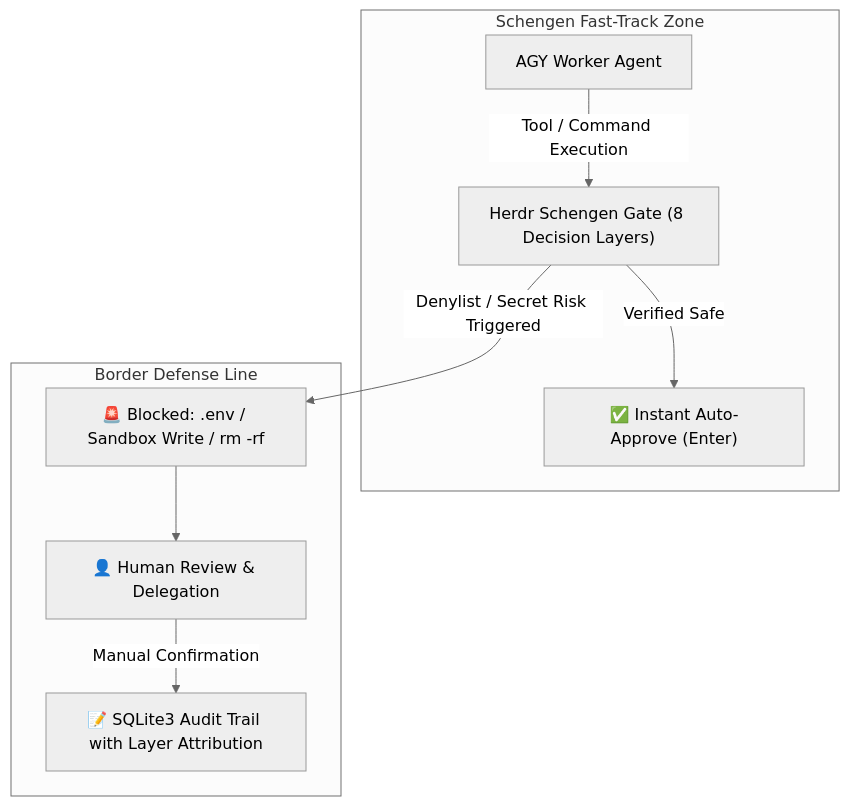
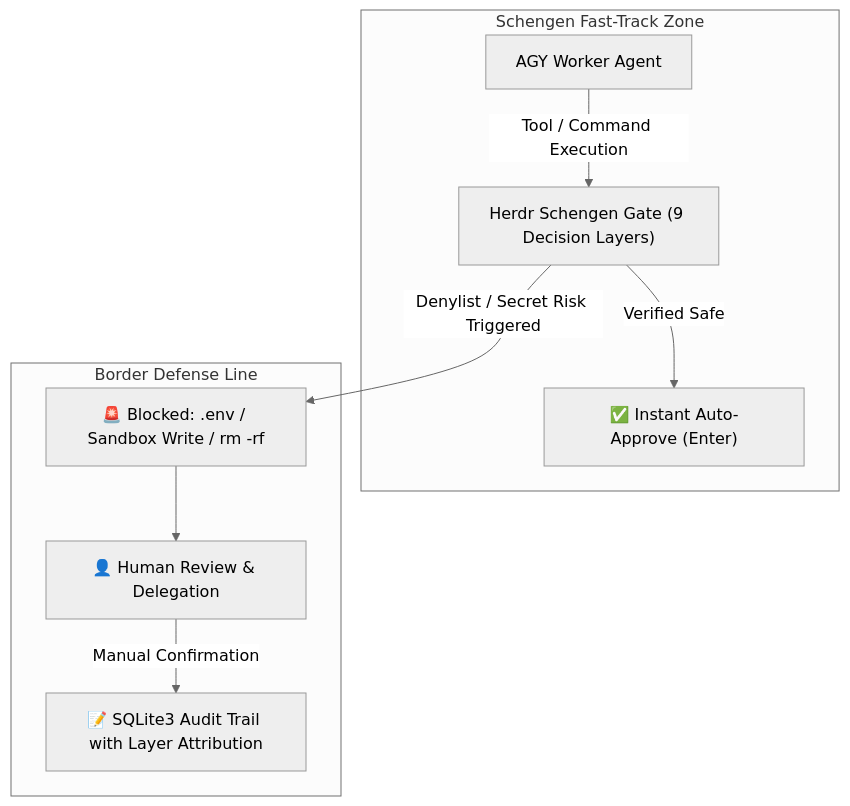
The diagram in SKILL.md (Salada/herdr-schengen), drawn with Mermaid (neutral theme) before and after one commit. The commit also changed other lines of this file and 4 other files, not shown here.

````diff
--- a/SKILL.md
+++ b/SKILL.md
@@ -75,13 +75,13 @@
 ```mermaid
 flowchart TD
     subgraph Schengen_Zone ["Schengen Fast-Track Zone"]
-        A["AGY Worker Agent"] -->|Tool / Command Execution| B["Herdr Schengen Gate (8 Decision Layers)"]
+        A["AGY Worker Agent"] -->|Tool / Command Execution| B["Herdr Schengen Gate (9 Decision Layers)"]
         B -->|Verified Safe| C["✅ Instant Auto-Approve (Enter)"]
     end
 
     subgraph Border_Control ["Border Defense Line"]
         B -->|Denylist / Secret Risk Triggered| D["🚨 Blocked: .env / Sandbox Write / rm -rf"]
         D --> E["👤 Human Review & Delegation"]
         E -->|Manual Confirmation| F["📝 SQLite3 Audit Trail with Layer Attribution"]
     end
 ```
````
